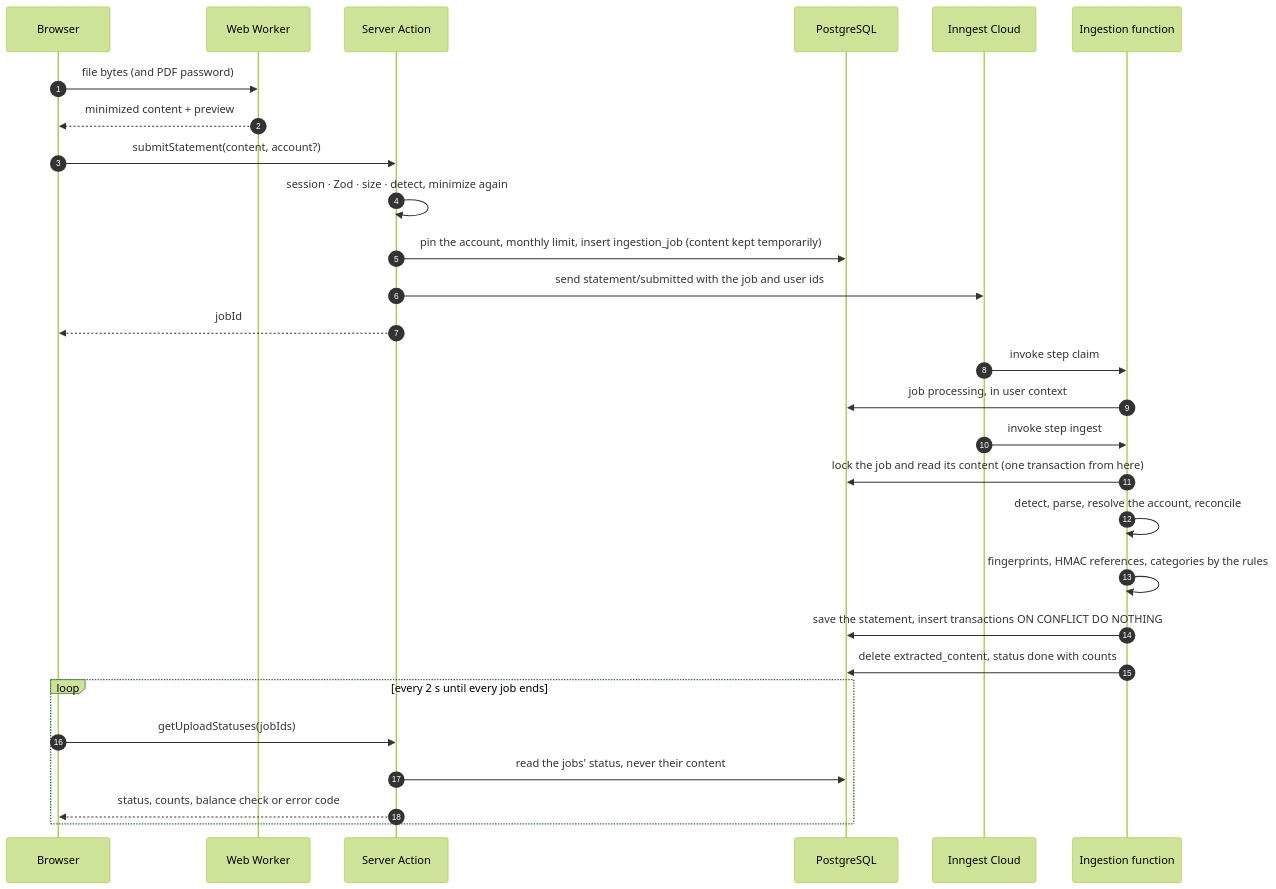
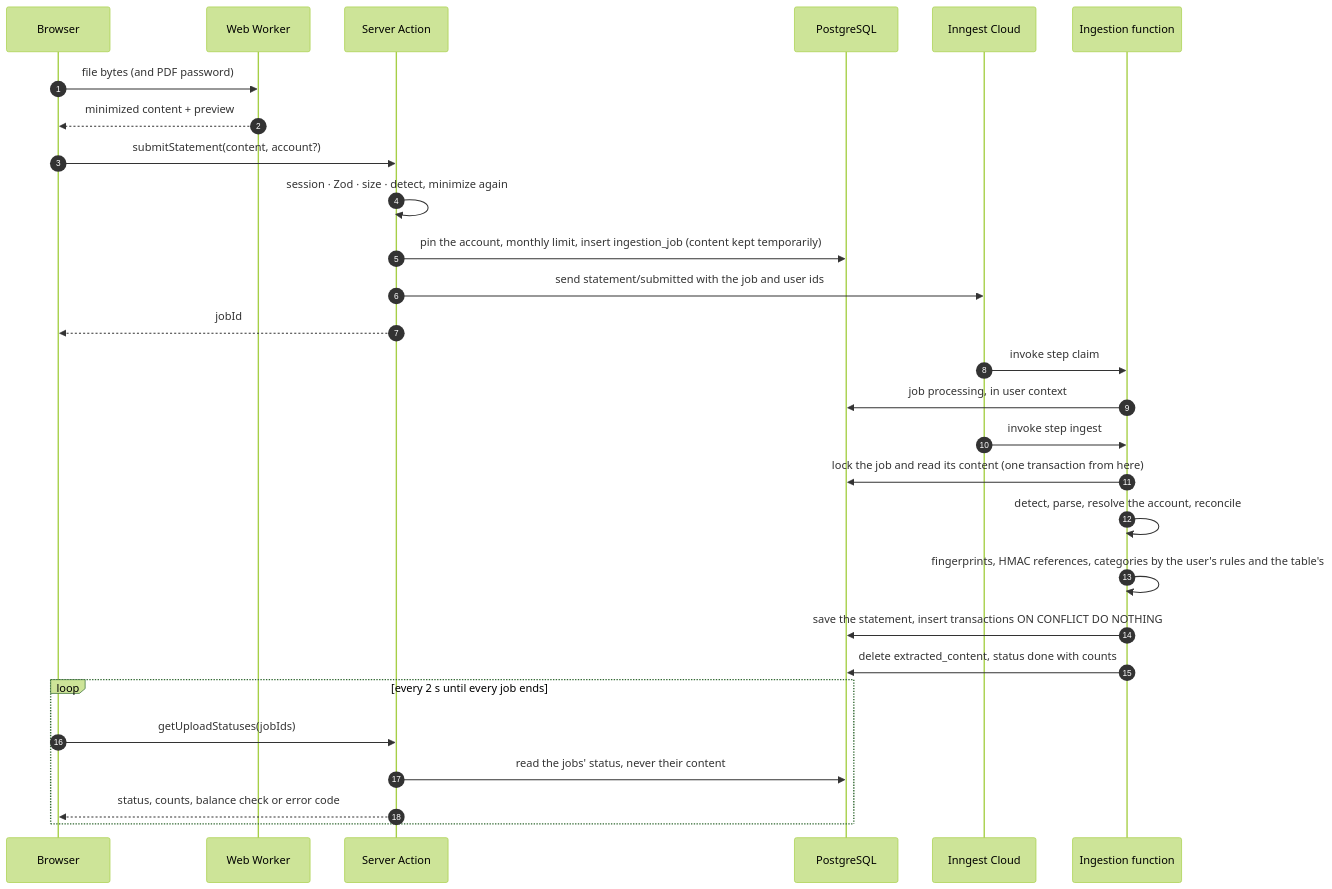
The second of 7 diagrams in docs/ARCHITECTURE.md (ingcarlostello/xtrakto), drawn with Mermaid (forest theme) before and after one commit. The commit also changed other lines of this file and 31 other files, not shown here.

Commit message:
feat(db): user category rules

````diff
--- a/docs/ARCHITECTURE.md
+++ b/docs/ARCHITECTURE.md
@@ -97,30 +97,30 @@
 ```mermaid
 sequenceDiagram
     autonumber
     participant B as Browser
     participant W as Web Worker
     participant S as Server Action
     participant DB as PostgreSQL
     participant I as Inngest Cloud
     participant F as Ingestion function
     B->>W: file bytes (and PDF password)
     W-->>B: minimized content + preview
     B->>S: submitStatement(content, account?)
     S->>S: session · Zod · size · detect, minimize again
     S->>DB: pin the account, monthly limit, insert ingestion_job (content kept temporarily)
     S->>I: send statement/submitted with the job and user ids
     S-->>B: jobId
     I->>F: invoke step claim
     F->>DB: job processing, in user context
     I->>F: invoke step ingest
     F->>DB: lock the job and read its content (one transaction from here)
     F->>F: detect, parse, resolve the account, reconcile
-    F->>F: fingerprints, HMAC references, categories by the rules
+    F->>F: fingerprints, HMAC references, categories by the user's rules and the table's
     F->>DB: save the statement, insert transactions ON CONFLICT DO NOTHING
     F->>DB: delete extracted_content, status done with counts
     loop every 2 s until every job ends
         B->>S: getUploadStatuses(jobIds)
         S->>DB: read the jobs' status, never their content
         S-->>B: status, counts, balance check or error code
     end
 ```
````
